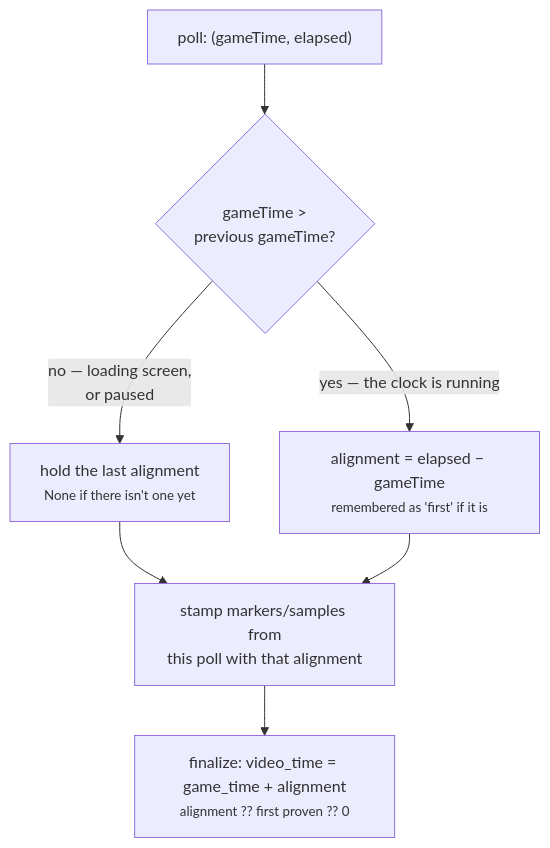
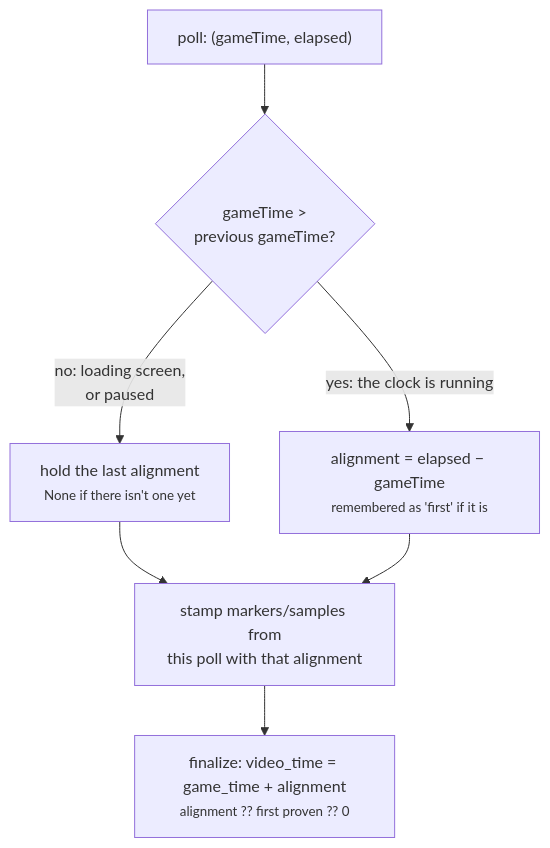
One commit to NinjaGoldfinch/ninja-recorder changed the fourth of 8 diagrams in docs/recording-pipeline.md. Above: the diagram before and after it, drawn with Mermaid. The commit also changed other lines of this file and 19 other files, not shown here.

````diff
--- a/docs/recording-pipeline.md
+++ b/docs/recording-pipeline.md
@@ -393,9 +394,9 @@
 ```mermaid
 flowchart TB
     P["poll: (gameTime, elapsed)"] --> Q{"gameTime ><br/>previous gameTime?"}
-    Q -->|"no — loading screen,<br/>or paused"| H["hold the last alignment<br/><small>None if there isn't one yet</small>"]
-    Q -->|"yes — the clock is running"| N["alignment = elapsed − gameTime<br/><small>remembered as 'first' if it is</small>"]
+    Q -->|"no: loading screen,<br/>or paused"| H["hold the last alignment<br/><small>None if there isn't one yet</small>"]
+    Q -->|"yes: the clock is running"| N["alignment = elapsed − gameTime<br/><small>remembered as 'first' if it is</small>"]
     H --> S["stamp markers/samples from<br/>this poll with that alignment"]
     N --> S
     S --> F["finalize: video_time = game_time + alignment<br/><small>alignment ?? first proven ?? 0</small>"]
 ```
````
